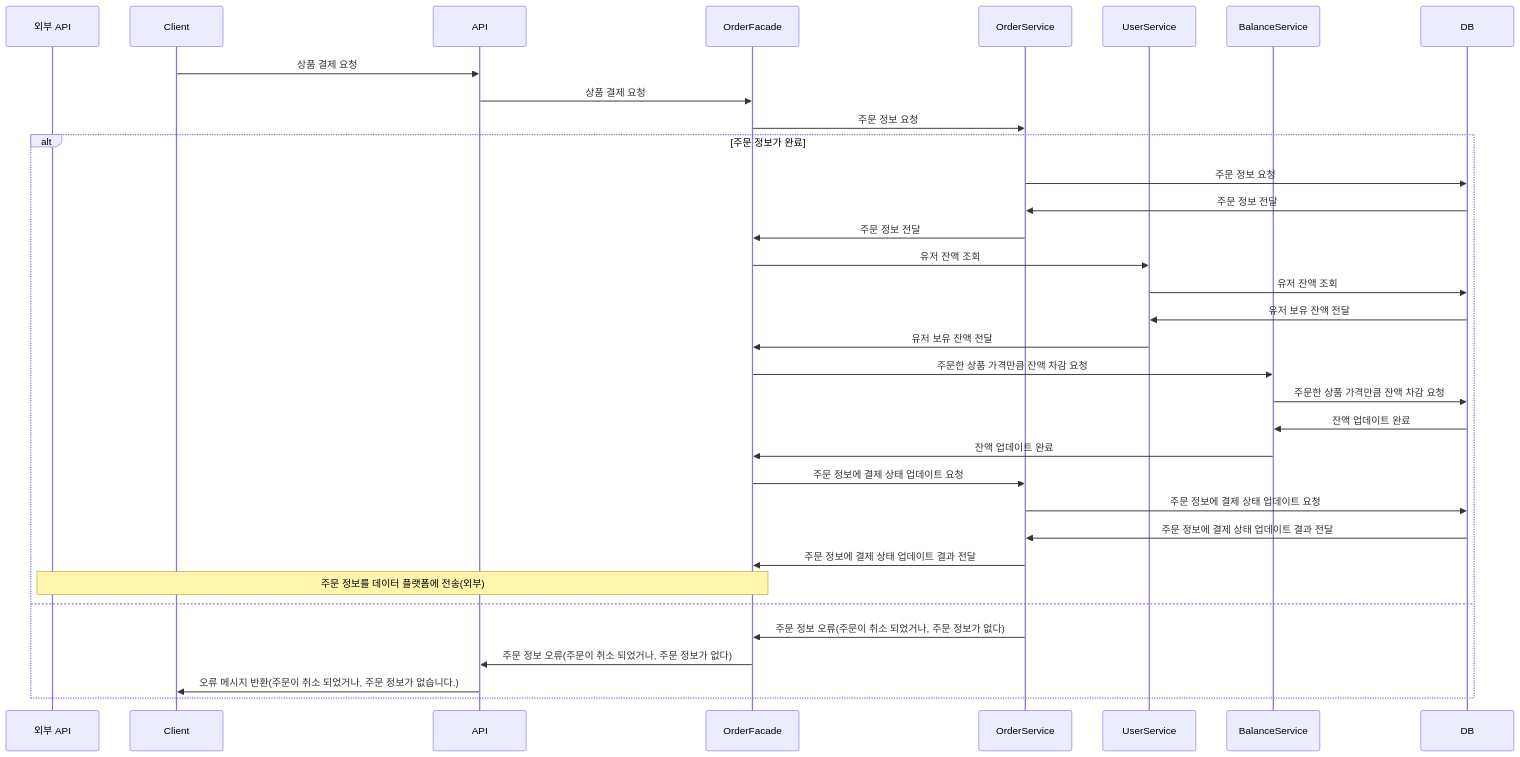
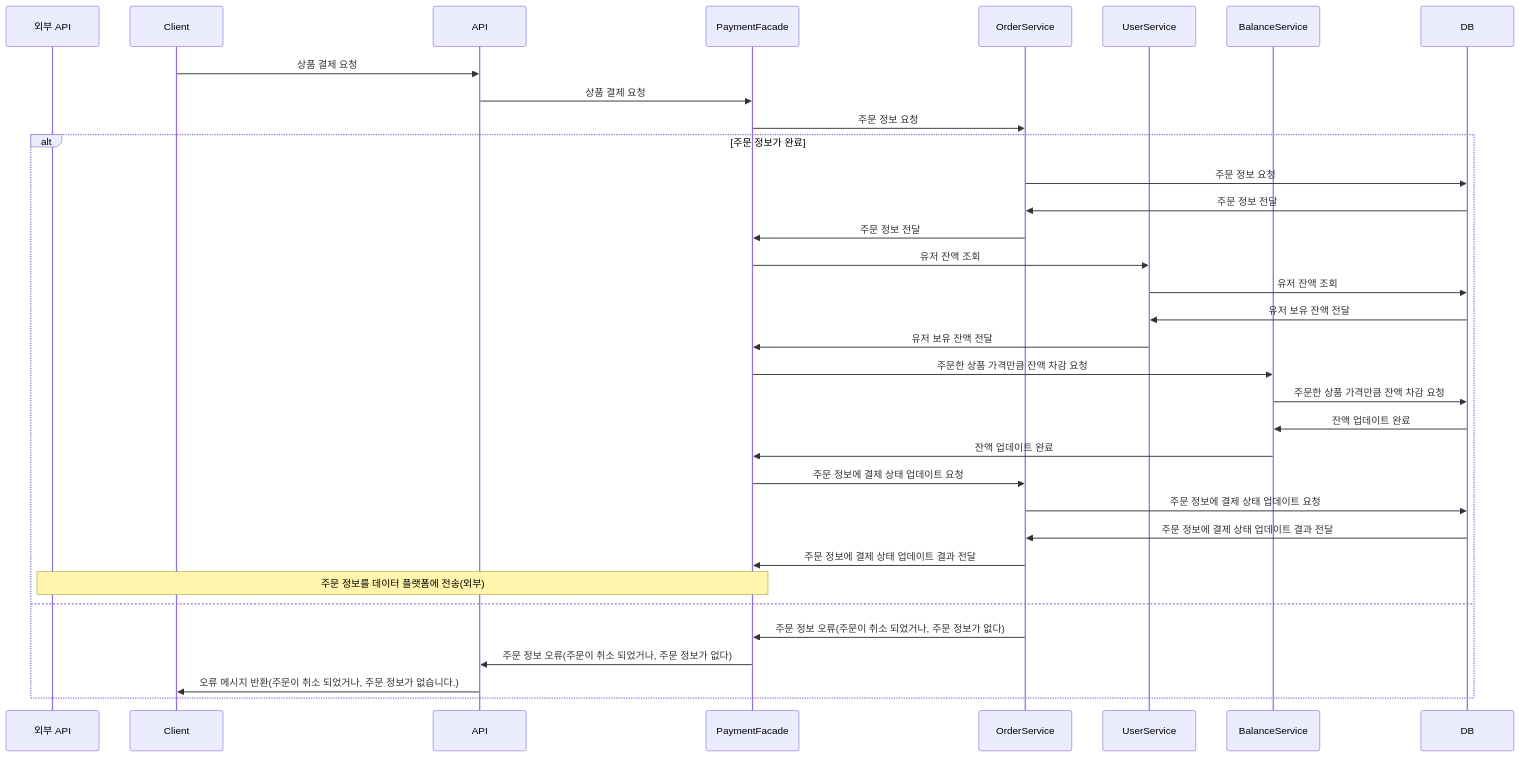
Before and after one commit to LeeJeongGi/hhplus-03-ecommerce: the sixth of 9 diagrams in docs/EventSequence.md, drawn with Mermaid. The commit also changed other lines of this file and 125 other files, not shown here.

````diff
--- a/docs/EventSequence.md
+++ b/docs/EventSequence.md
@@ -180,42 +175,42 @@
 ```mermaid
 sequenceDiagram
     participant 외부 API
     participant Client
     participant API
-    participant OrderFacade
+    participant PaymentFacade
     participant OrderService
     participant UserService
     participant BalanceService
     participant DB
 
     Client ->> API: 상품 결제 요청
-    API ->> OrderFacade: 상품 결제 요청
-    OrderFacade ->> OrderService: 주문 정보 요청
+    API ->> PaymentFacade: 상품 결제 요청
+    PaymentFacade ->> OrderService: 주문 정보 요청
     alt 주문 정보가 완료
         OrderService ->> DB: 주문 정보 요청
         DB ->> OrderService: 주문 정보 전달
-        OrderService ->> OrderFacade: 주문 정보 전달
+        OrderService ->> PaymentFacade: 주문 정보 전달
 
-        OrderFacade ->> UserService: 유저 잔액 조회
+        PaymentFacade ->> UserService: 유저 잔액 조회
         UserService ->> DB: 유저 잔액 조회
         DB ->> UserService: 유저 보유 잔액 전달
-        UserService ->> OrderFacade: 유저 보유 잔액 전달
+        UserService ->> PaymentFacade: 유저 보유 잔액 전달
         
-        OrderFacade ->> BalanceService: 주문한 상품 가격만큼 잔액 차감 요청
+        PaymentFacade ->> BalanceService: 주문한 상품 가격만큼 잔액 차감 요청
         BalanceService ->> DB: 주문한 상품 가격만큼 잔액 차감 요청
         DB ->> BalanceService: 잔액 업데이트 완료
-        BalanceService ->> OrderFacade: 잔액 업데이트 완료
+        BalanceService ->> PaymentFacade: 잔액 업데이트 완료
         
-        OrderFacade ->> OrderService: 주문 정보에 결제 상태 업데이트 요청
+        PaymentFacade ->> OrderService: 주문 정보에 결제 상태 업데이트 요청
         OrderService ->> DB: 주문 정보에 결제 상태 업데이트 요청
         DB ->> OrderService: 주문 정보에 결제 상태 업데이트 결과 전달
-        OrderService ->> OrderFacade: 주문 정보에 결제 상태 업데이트 결과 전달
+        OrderService ->> PaymentFacade: 주문 정보에 결제 상태 업데이트 결과 전달
 
-        Note over OrderFacade, 외부 API: 주문 정보를 데이터 플랫폼에 전송(외부)
+        Note over PaymentFacade, 외부 API: 주문 정보를 데이터 플랫폼에 전송(외부)
 
     else
-        OrderService ->> OrderFacade: 주문 정보 오류(주문이 취소 되었거나, 주문 정보가 없다)
-        OrderFacade ->> API: 주문 정보 오류(주문이 취소 되었거나, 주문 정보가 없다)
+        OrderService ->> PaymentFacade: 주문 정보 오류(주문이 취소 되었거나, 주문 정보가 없다)
+        PaymentFacade ->> API: 주문 정보 오류(주문이 취소 되었거나, 주문 정보가 없다)
         API ->> Client: 오류 메시지 반환(주문이 취소 되었거나, 주문 정보가 없습니다.)
     end
 ```
````
